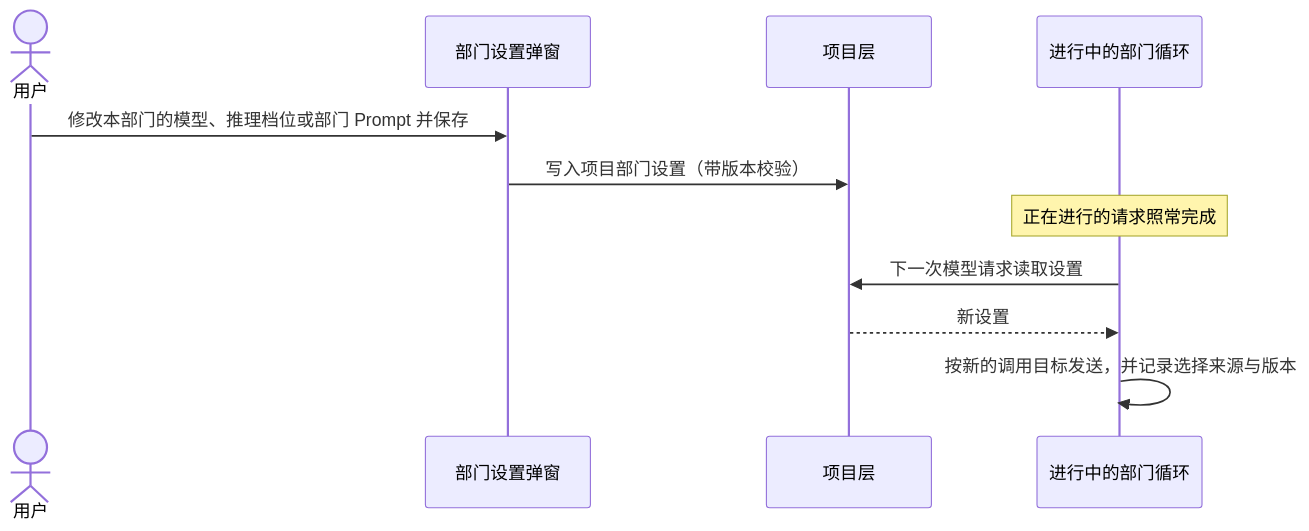
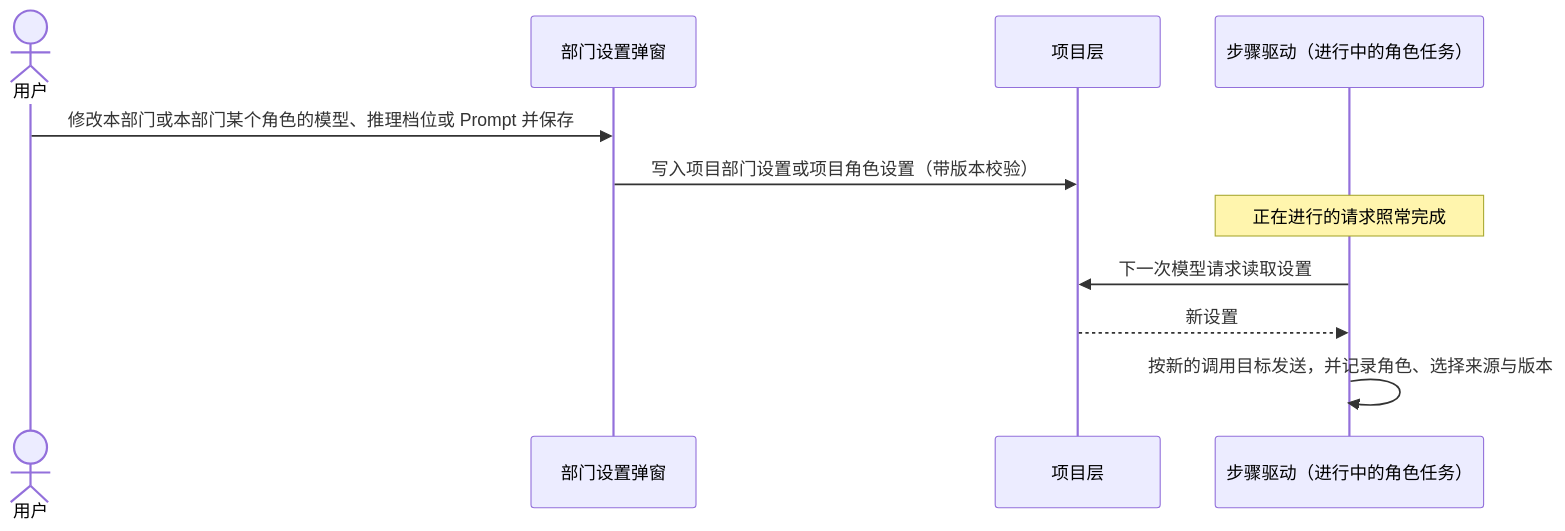
Before and after one commit to bender2333/yudao: the third of 4 diagrams in docs/design/model-management.md, drawn with Mermaid. The commit also changed other lines of this file and 6 other files, not shown here.

````diff
--- a/docs/design/model-management.md
+++ b/docs/design/model-management.md
@@ -185,13 +204,13 @@
 ```mermaid
 sequenceDiagram
   actor User as 用户
   participant UI as 部门设置弹窗
   participant Proj as 项目层
-  participant DeptLoop as 进行中的部门循环
-  User->>UI: 修改本部门的模型、推理档位或部门 Prompt 并保存
-  UI->>Proj: 写入项目部门设置（带版本校验）
-  Note over DeptLoop: 正在进行的请求照常完成
-  DeptLoop->>Proj: 下一次模型请求读取设置
-  Proj-->>DeptLoop: 新设置
-  DeptLoop->>DeptLoop: 按新的调用目标发送，并记录选择来源与版本
+  participant Driver as 步骤驱动（进行中的角色任务）
+  User->>UI: 修改本部门或本部门某个角色的模型、推理档位或 Prompt 并保存
+  UI->>Proj: 写入项目部门设置或项目角色设置（带版本校验）
+  Note over Driver: 正在进行的请求照常完成
+  Driver->>Proj: 下一次模型请求读取设置
+  Proj-->>Driver: 新设置
+  Driver->>Driver: 按新的调用目标发送，并记录角色、选择来源与版本
 ```
````
